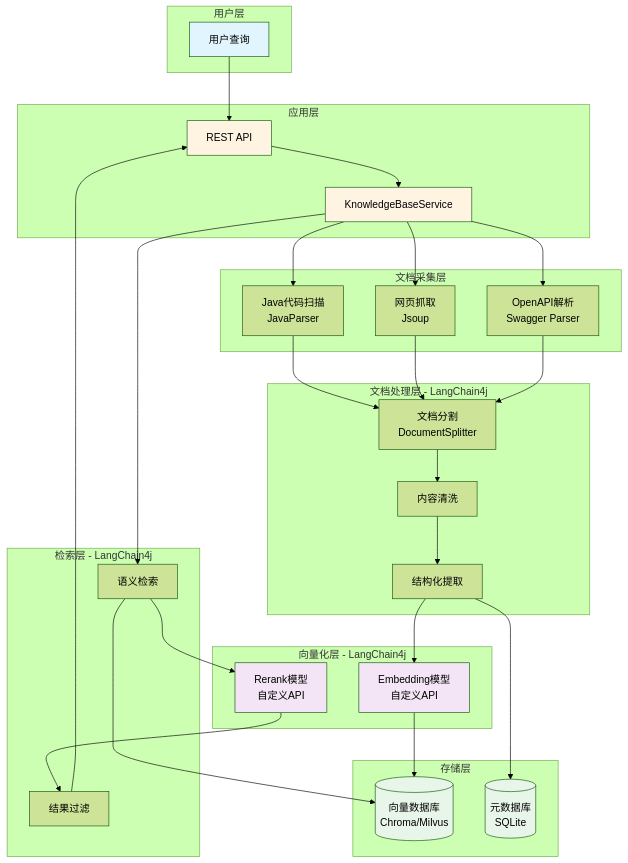
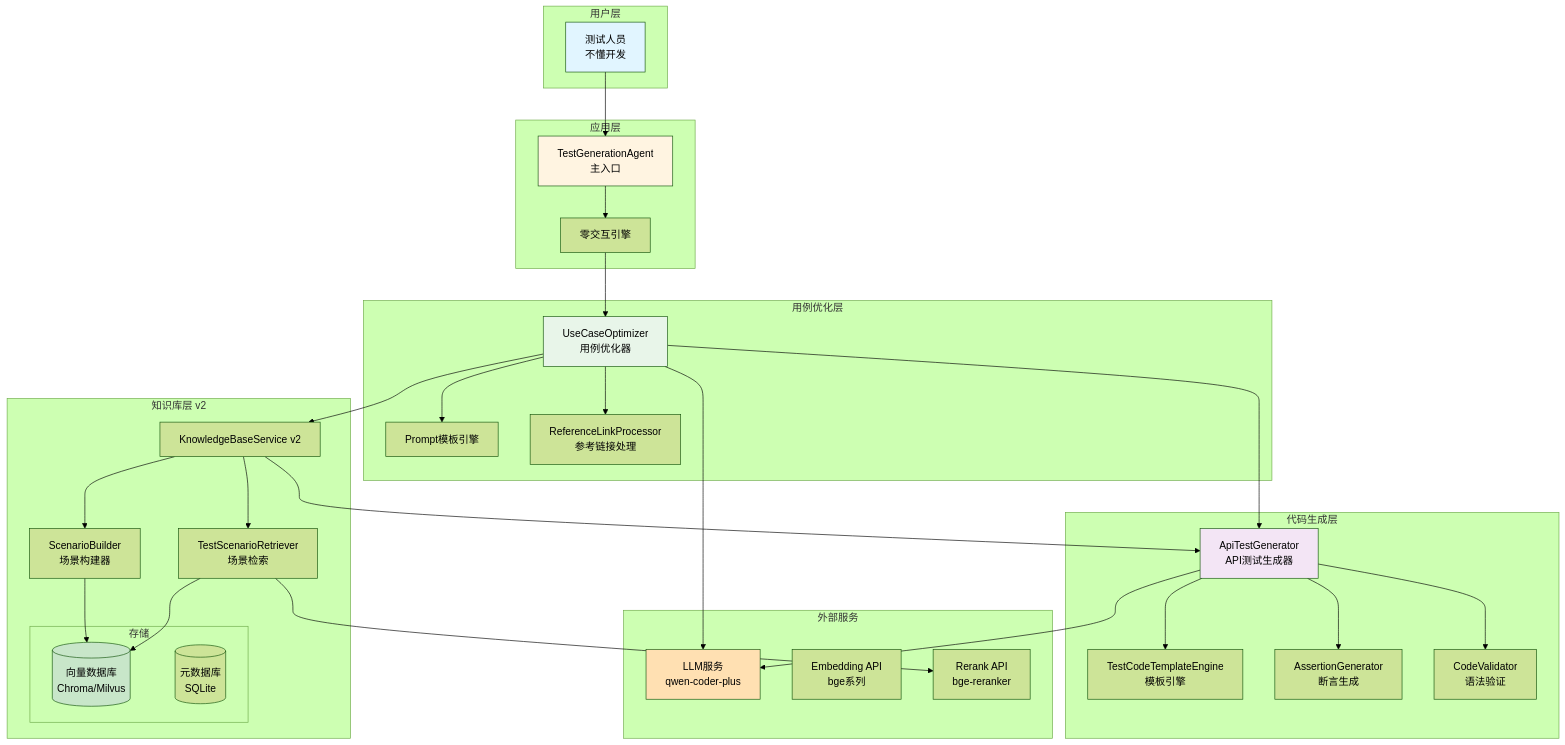
The first of 7 diagrams in docs/ARCHITECTURE.md (GuIIWen/ascend_cloud_agent), drawn with Mermaid (forest theme) before and after one commit. The commit also changed other lines of this file and 39 other files, not shown here.

````diff
--- a/docs/ARCHITECTURE.md
+++ b/docs/ARCHITECTURE.md
@@ -5,70 +39,68 @@
 ```mermaid
 graph TB
     subgraph "用户层"
-        User[用户查询]
+        User[测试人员<br/>不懂开发]
     end
 
     subgraph "应用层"
-        API[REST API]
-        Service[KnowledgeBaseService]
+        Agent[TestGenerationAgent<br/>主入口]
+        ZeroInteraction[零交互引擎]
     end
 
-    subgraph "文档采集层"
-        JavaScanner[Java代码扫描<br/>JavaParser]
-        WebCrawler[网页抓取<br/>Jsoup]
-        OpenAPILoader[OpenAPI解析<br/>Swagger Parser]
+    subgraph "用例优化层"
+        Optimizer[UseCaseOptimizer<br/>用例优化器]
+        PromptEngine[Prompt模板引擎]
+        LinkProcessor[ReferenceLinkProcessor<br/>参考链接处理]
     end
 
-    subgraph "文档处理层 - LangChain4j"
-        Splitter[文档分割<br/>DocumentSplitter]
-        Cleaner[内容清洗]
-        Extractor[结构化提取]
+    subgraph "知识库层 v2"
+        KBv2[KnowledgeBaseService v2]
+        ScenarioRetriever[TestScenarioRetriever<br/>场景检索]
+        ScenarioBuilder[ScenarioBuilder<br/>场景构建器]
+        subgraph "存储"
+            VectorDB[(向量数据库<br/>Chroma/Milvus)]
+            MetaDB[(元数据库<br/>SQLite)]
+        end
     end
 
-    subgraph "向量化层 - LangChain4j"
-        EmbeddingModel[Embedding模型<br/>自定义API]
-        RerankModel[Rerank模型<br/>自定义API]
+    subgraph "代码生成层"
+        Generator[ApiTestGenerator<br/>API测试生成器]
+        TemplateEngine[TestCodeTemplateEngine<br/>模板引擎]
+        AssertionGen[AssertionGenerator<br/>断言生成]
+        SyntaxValidator[CodeValidator<br/>语法验证]
     end
 
-    subgraph "存储层"
-        VectorDB[(向量数据库<br/>Chroma/Milvus)]
-        MetaDB[(元数据库<br/>SQLite)]
+    subgraph "外部服务"
+        LLM[LLM服务<br/>qwen-coder-plus]
+        EmbedAPI[Embedding API<br/>bge系列]
+        RerankAPI[Rerank API<br/>bge-reranker]
     end
 
-    subgraph "检索层 - LangChain4j"
-        Retriever[语义检索]
-        Filter[结果过滤]
-    end
+    User --> Agent
+    Agent --> ZeroInteraction
+    ZeroInteraction --> Optimizer
+    Optimizer --> PromptEngine
+    Optimizer --> LinkProcessor
+    Optimizer --> LLM
 
-    User --> API
-    API --> Service
+    Optimizer --> KBv2
+    KBv2 --> ScenarioRetriever
+    KBv2 --> ScenarioBuilder
+    ScenarioRetriever --> VectorDB
+    ScenarioRetriever --> RerankAPI
+    ScenarioBuilder --> VectorDB
 
-    Service --> JavaScanner
-    Service --> WebCrawler
-    Service --> OpenAPILoader
-
-    JavaScanner --> Splitter
-    WebCrawler --> Splitter
-    OpenAPILoader --> Splitter
-
-    Splitter --> Cleaner
-    Cleaner --> Extractor
-
-    Extractor --> EmbeddingModel
-    EmbeddingModel --> VectorDB
-    Extractor --> MetaDB
-
-    Service --> Retriever
-    Retriever --> VectorDB
-    Retriever --> RerankModel
-    RerankModel --> Filter
-    Filter --> API
+    KBv2 --> Generator
+    Optimizer --> Generator
+    Generator --> TemplateEngine
+    Generator --> AssertionGen
+    Generator --> SyntaxValidator
+    Generator --> LLM
 
     style User fill:#e1f5ff
-    style API fill:#fff4e1
-    style Service fill:#fff4e1
-    style VectorDB fill:#e8f5e9
-    style MetaDB fill:#e8f5e9
-    style EmbeddingModel fill:#f3e5f5
-    style RerankModel fill:#f3e5f5
+    style Agent fill:#fff4e1
+    style Optimizer fill:#e8f5e9
+    style Generator fill:#f3e5f5
+    style VectorDB fill:#c8e6c9
+    style LLM fill:#ffe0b2
 ```
````
